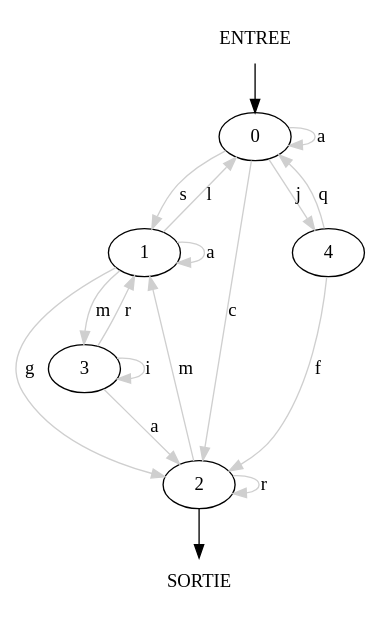
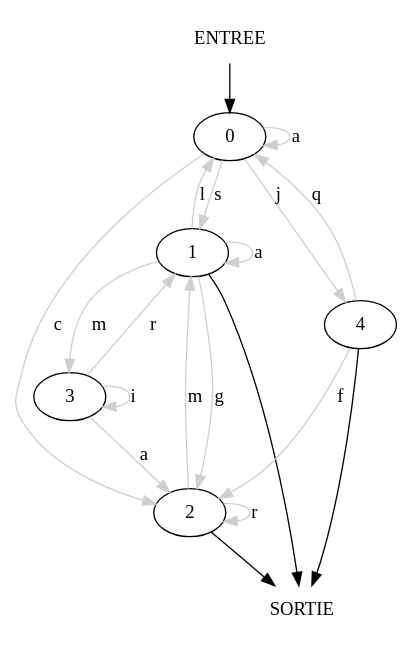
Before and after one commit to Y7T007/PROJECT_THL_GI: the diagram in cmake-build-debug/ff2.dot, drawn with Graphviz. The commit also changed 8 other files, not shown here.

```diff
--- a/cmake-build-debug/ff2.dot
+++ b/cmake-build-debug/ff2.dot
@@ -1,25 +1,27 @@
 digraph test_graph{
 e[ label="ENTREE" shape=none]
 s[ label="SORTIE" shape=none]
 0 [label="0"]
 1 [label="1"]
 2 [label="2"]
 3 [label="3"]
 4 [label="4"];
 e -> 0  ;
 0 -> 0 [label="a" color=grey81 ] 
 0 -> 1 [label="s" color=grey81 ] 
 0 -> 2 [label="c" color=grey81 ] 
 0 -> 4 [label="j" color=grey81 ] 
 1 -> 0 [label="l" color=grey81 ] 
 1 -> 1 [label="a" color=grey81 ] 
 1 -> 2 [label="g" color=grey81 ] 
 1 -> 3 [label="m" color=grey81 ] 
-2 -> s ;
+1 -> s ;
 2 -> 1 [label="m" color=grey81 ] 
 2 -> 2 [label="r" color=grey81 ] 
+2 -> s ;
 3 -> 1 [label="r" color=grey81 ] 
 3 -> 2 [label="a" color=grey81 ] 
 3 -> 3 [label="i" color=grey81 ] 
 4 -> 0 [label="q" color=grey81 ] 
-4 -> 2 [label="f" color=grey81 ] }
+4 -> 2 [label="f" color=grey81 ] 
+4 -> s ;}
```
